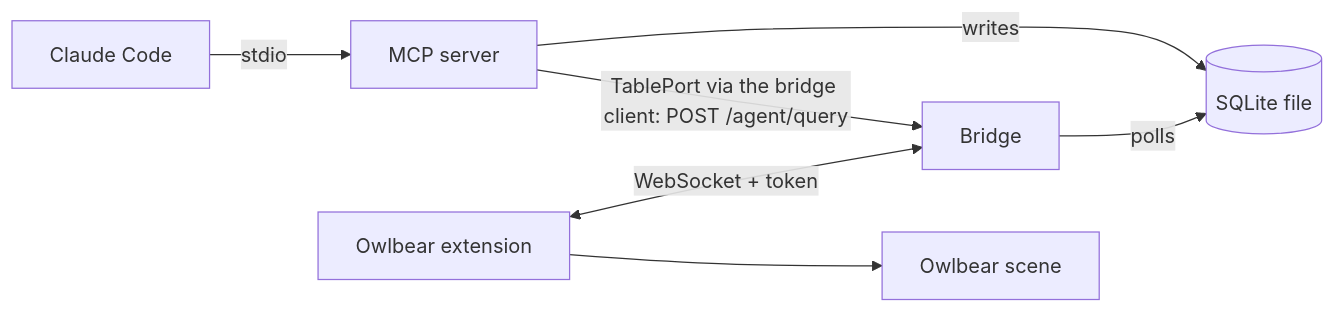
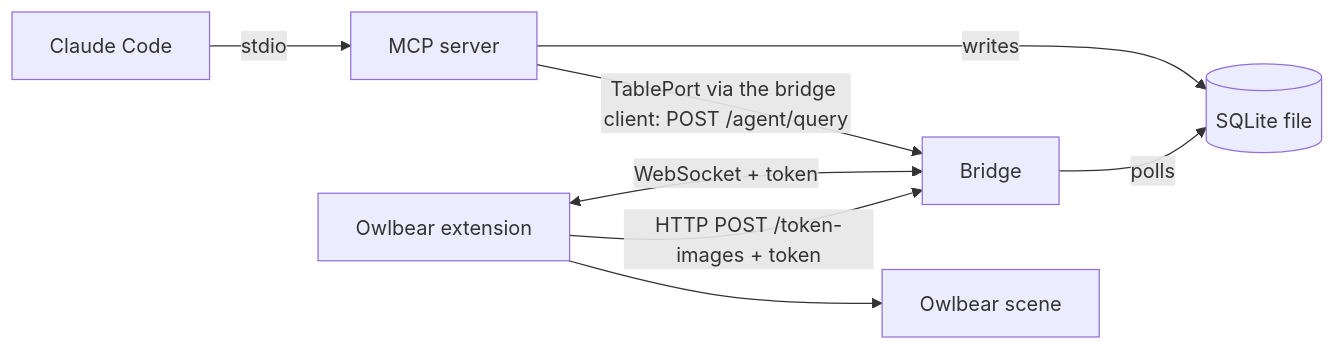
The second of 2 diagrams in docs/architecture.md (askrzypczak/ttrpg-agents), drawn with Mermaid before and after one commit. The commit also changed other lines of this file and 2 other files, not shown here.

First line of the commit message:
docs: token image upload route and the upload after a pick (#219)

````diff
--- a/docs/architecture.md
+++ b/docs/architecture.md
@@ -40,9 +41,10 @@
 ```mermaid
 flowchart LR
   claude["Claude Code"] -->|"stdio"| mcp["MCP server"]
   mcp -->|"writes"| db[("SQLite file")]
   mcp -->|"TablePort via the bridge client: POST /agent/query"| bridge
   bridge["Bridge"] -->|"polls"| db
   ext["Owlbear extension"] <-->|"WebSocket + token"| bridge
+  ext -->|"HTTP POST /token-images + token"| bridge
   ext --> scene["Owlbear scene"]
 ```
````
